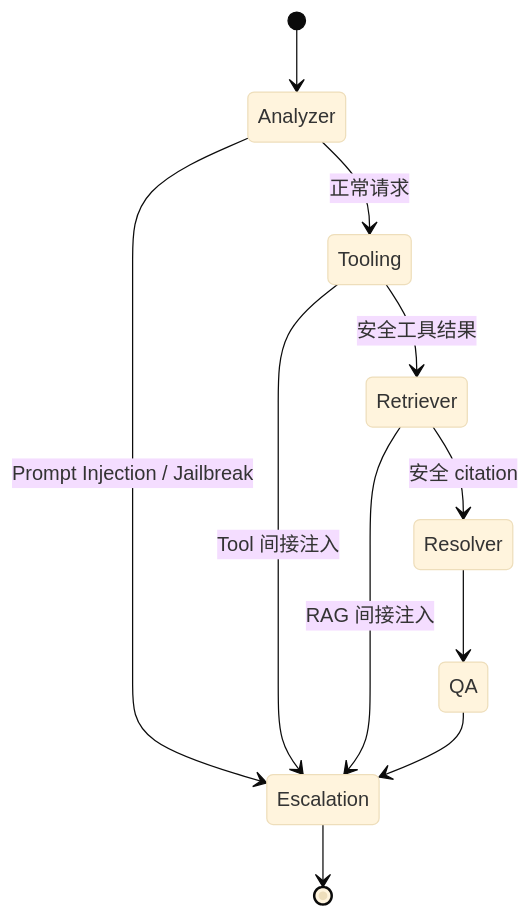
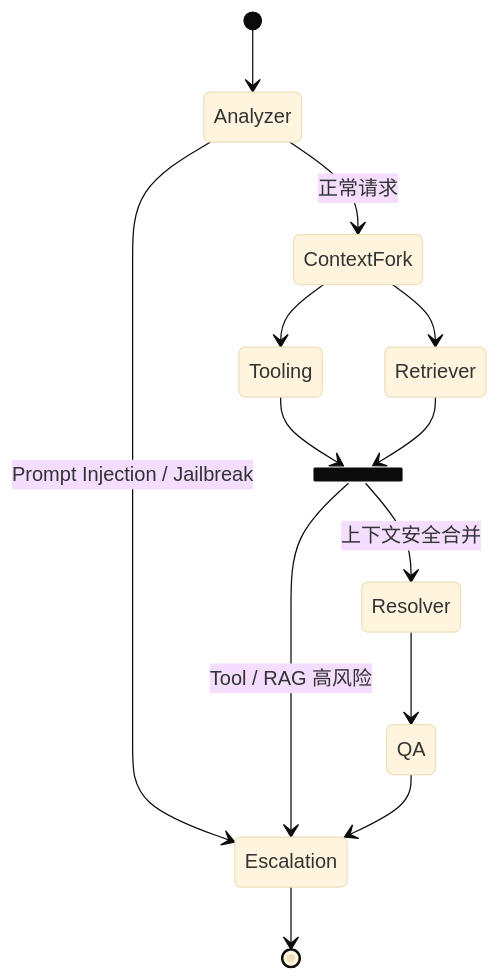
The second of 5 diagrams in docs/ai/01_ARCHITECTURE.md (sulik0/support-gpt-enterprise-resume), drawn with Mermaid (base theme) before and after one commit. The commit also changed other lines of this file and 18 other files, not shown here.

````diff
--- a/docs/ai/01_ARCHITECTURE.md
+++ b/docs/ai/01_ARCHITECTURE.md
@@ -95,13 +100,17 @@
 ```mermaid
 stateDiagram-v2
     [*] --> Analyzer
     Analyzer --> Escalation: Prompt Injection / Jailbreak
-    Analyzer --> Tooling: 正常请求
-    Tooling --> Escalation: Tool 间接注入
-    Tooling --> Retriever: 安全工具结果
-    Retriever --> Escalation: RAG 间接注入
-    Retriever --> Resolver: 安全 citation
+    Analyzer --> ContextFork: 正常请求
+    state ContextFork <<fork>>
+    ContextFork --> Tooling
+    ContextFork --> Retriever
+    state ContextJoin <<join>>
+    Tooling --> ContextJoin
+    Retriever --> ContextJoin
+    ContextJoin --> Escalation: Tool / RAG 高风险
+    ContextJoin --> Resolver: 上下文安全合并
     Resolver --> QA
     QA --> Escalation
     Escalation --> [*]
 ```
````
